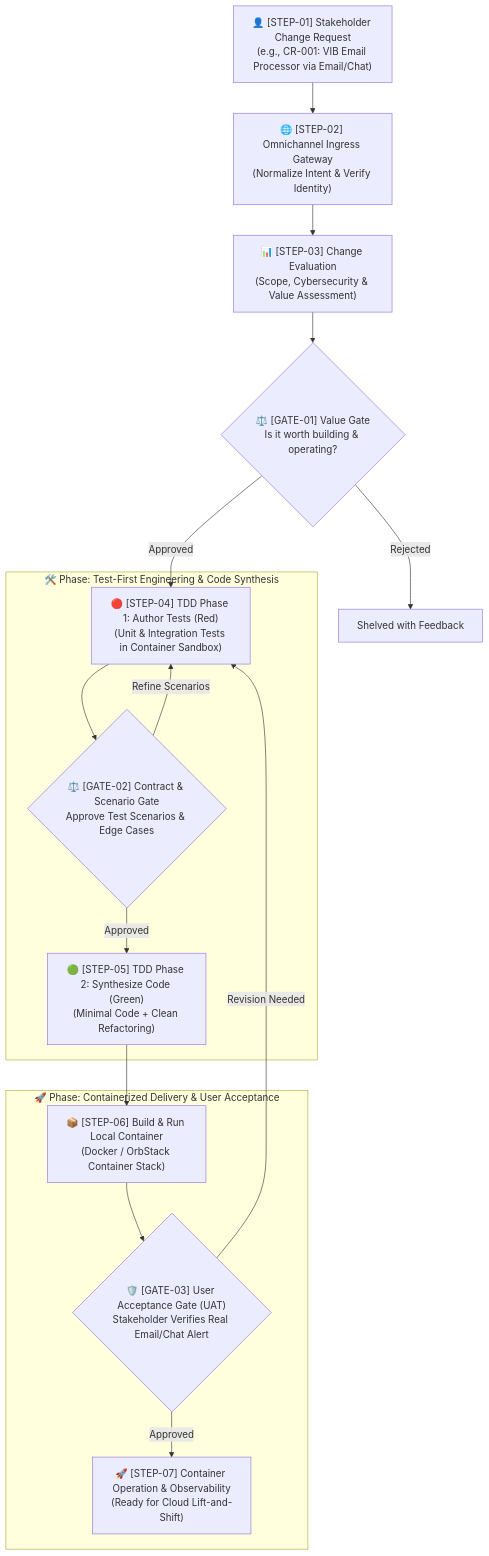
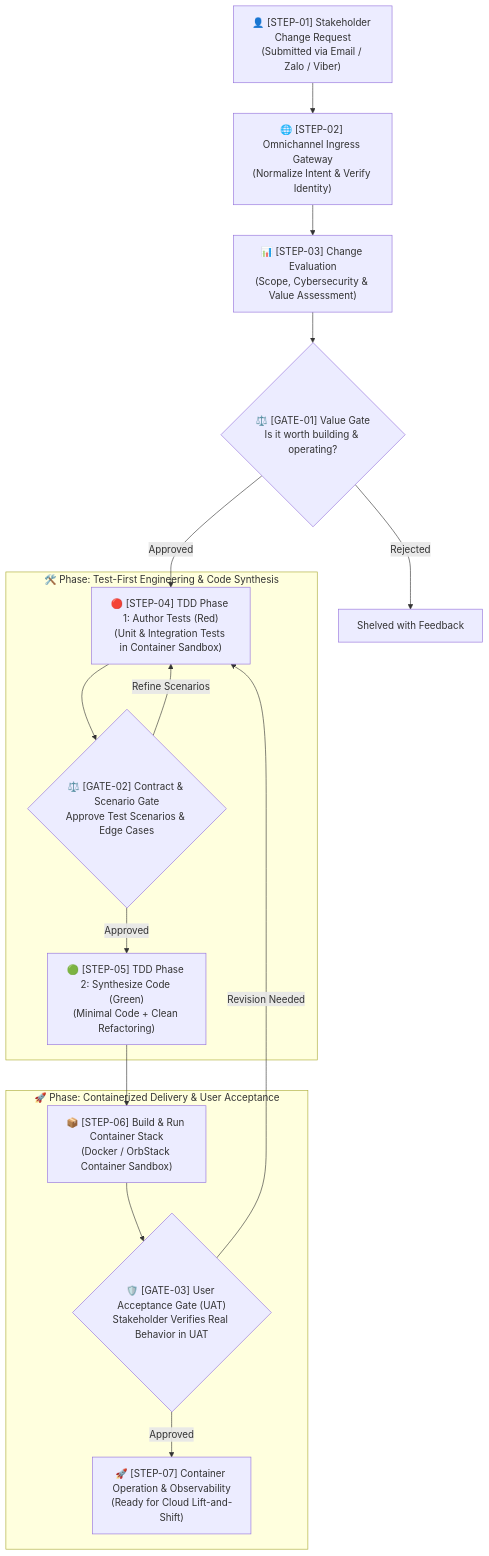
Before and after one commit to sonnormal/stratum-meta: the diagram in docs/workflow.md, drawn with Mermaid. The commit also changed other lines of this file and 2 other files, not shown here.

````diff
--- a/docs/workflow.md
+++ b/docs/workflow.md
@@ -11,34 +11,34 @@
 ```mermaid
 graph TD
-    User["👤 [STEP-01] Stakeholder Change Request<br/>(e.g., CR-001: VIB Email Processor via Email/Chat)"]
+    User["👤 [STEP-01] Stakeholder Change Request<br/>(Submitted via Email / Zalo / Viber)"]
     Gateway["🌐 [STEP-02] Omnichannel Ingress Gateway<br/>(Normalize Intent & Verify Identity)"]
     Eval["📊 [STEP-03] Change Evaluation<br/>(Scope, Cybersecurity & Value Assessment)"]
     Gate1{"⚖️ [GATE-01] Value Gate<br/>Is it worth building & operating?"}
 
     User --> Gateway
     Gateway --> Eval
     Eval --> Gate1
     Gate1 -->|"Approved"| TDDPhase1
     Gate1 -->|"Rejected"| Cancel["Shelved with Feedback"]
 
     subgraph TDD ["🛠️ Phase: Test-First Engineering & Code Synthesis"]
         TDDPhase1["🔴 [STEP-04] TDD Phase 1: Author Tests (Red)<br/>(Unit & Integration Tests in Container Sandbox)"]
         Gate2{"⚖️ [GATE-02] Contract & Scenario Gate<br/>Approve Test Scenarios & Edge Cases"}
         TDDPhase2["🟢 [STEP-05] TDD Phase 2: Synthesize Code (Green)<br/>(Minimal Code + Clean Refactoring)"]
 
         TDDPhase1 --> Gate2
         Gate2 -->|"Approved"| TDDPhase2
         Gate2 -->|"Refine Scenarios"| TDDPhase1
     end
 
     subgraph Delivery ["🚀 Phase: Containerized Delivery & User Acceptance"]
-        DeployUAT["📦 [STEP-06] Build & Run Local Container<br/>(Docker / OrbStack Container Stack)"]
-        Gate3{"🛡️ [GATE-03] User Acceptance Gate (UAT)<br/>Stakeholder Verifies Real Email/Chat Alert"}
+        DeployUAT["📦 [STEP-06] Build & Run Container Stack<br/>(Docker / OrbStack Container Sandbox)"]
+        Gate3{"🛡️ [GATE-03] User Acceptance Gate (UAT)<br/>Stakeholder Verifies Real Behavior in UAT"}
         Operate["🚀 [STEP-07] Container Operation & Observability<br/>(Ready for Cloud Lift-and-Shift)"]
 
         TDDPhase2 --> DeployUAT
         DeployUAT --> Gate3
         Gate3 -->|"Approved"| Operate
         Gate3 -->|"Revision Needed"| TDDPhase1
     end
 ```
````
